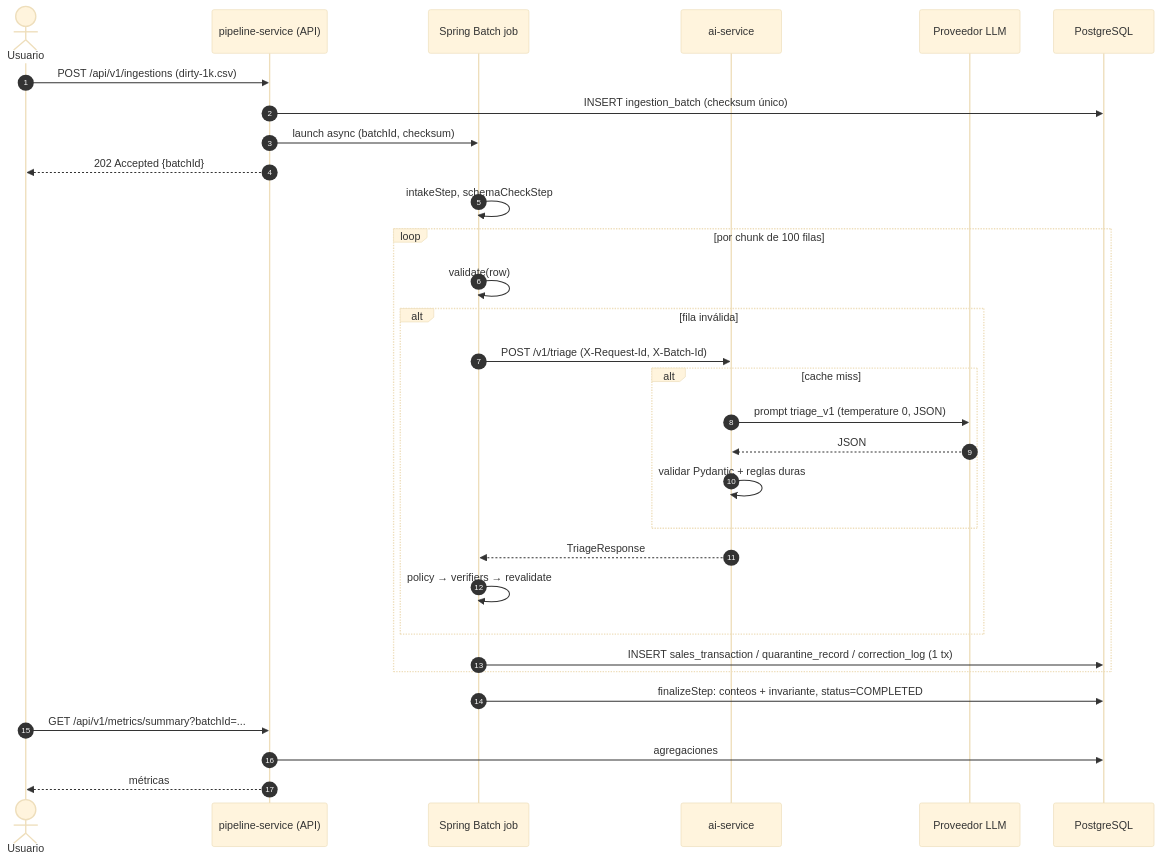
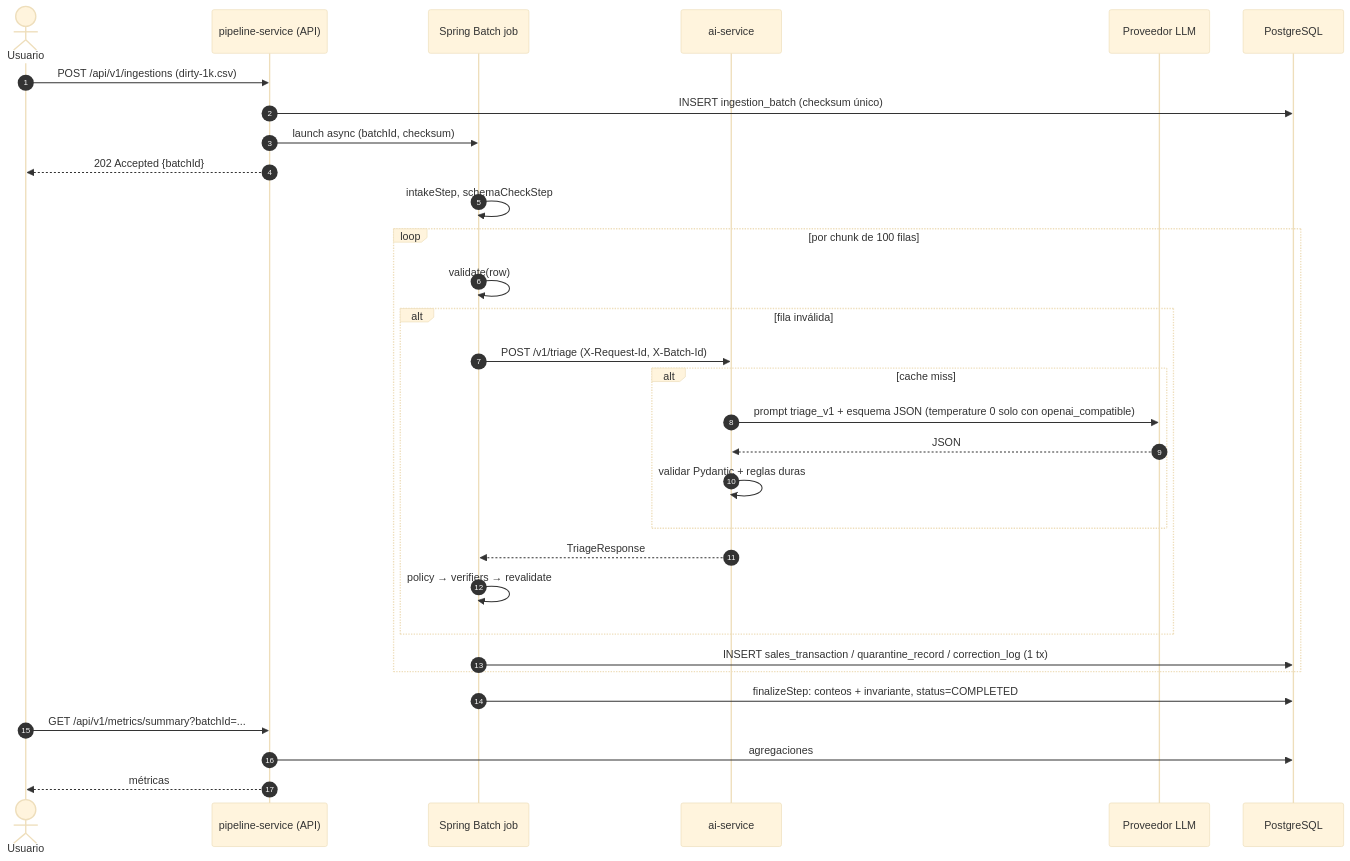
Before and after one commit to ImJonathan365/pipemend: the diagram in docs/04-arquitectura.md, drawn with Mermaid (base theme). The commit also changed other lines of this file and 2 other files, not shown here.

````diff
--- a/docs/04-arquitectura.md
+++ b/docs/04-arquitectura.md
@@ -156,34 +156,34 @@
 ```mermaid
 sequenceDiagram
     autonumber
     actor U as Usuario
     participant API as pipeline-service (API)
     participant JOB as Spring Batch job
     participant AI as ai-service
     participant LLM as Proveedor LLM
     participant DB as PostgreSQL
 
     U->>API: POST /api/v1/ingestions (dirty-1k.csv)
     API->>DB: INSERT ingestion_batch (checksum único)
     API->>JOB: launch async (batchId, checksum)
     API-->>U: 202 Accepted {batchId}
     JOB->>JOB: intakeStep, schemaCheckStep
     loop por chunk de 100 filas
         JOB->>JOB: validate(row)
         alt fila inválida
             JOB->>AI: POST /v1/triage (X-Request-Id, X-Batch-Id)
             alt cache miss
-                AI->>LLM: prompt triage_v1 (temperature 0, JSON)
+                AI->>LLM: prompt triage_v1 + esquema JSON (temperature 0 solo con openai_compatible)
                 LLM-->>AI: JSON
                 AI->>AI: validar Pydantic + reglas duras
             end
             AI-->>JOB: TriageResponse
             JOB->>JOB: policy → verifiers → revalidate
         end
         JOB->>DB: INSERT sales_transaction / quarantine_record / correction_log (1 tx)
     end
     JOB->>DB: finalizeStep: conteos + invariante, status=COMPLETED
     U->>API: GET /api/v1/metrics/summary?batchId=...
     API->>DB: agregaciones
     API-->>U: métricas
 ```
````
